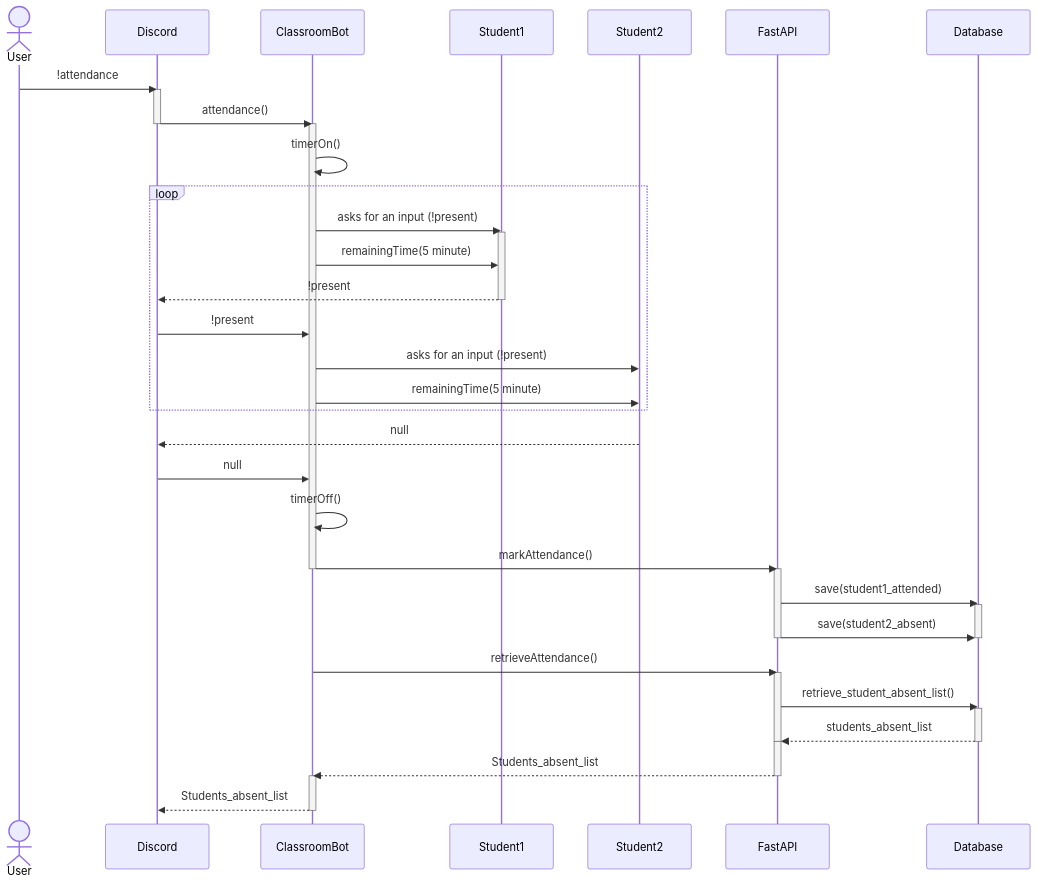
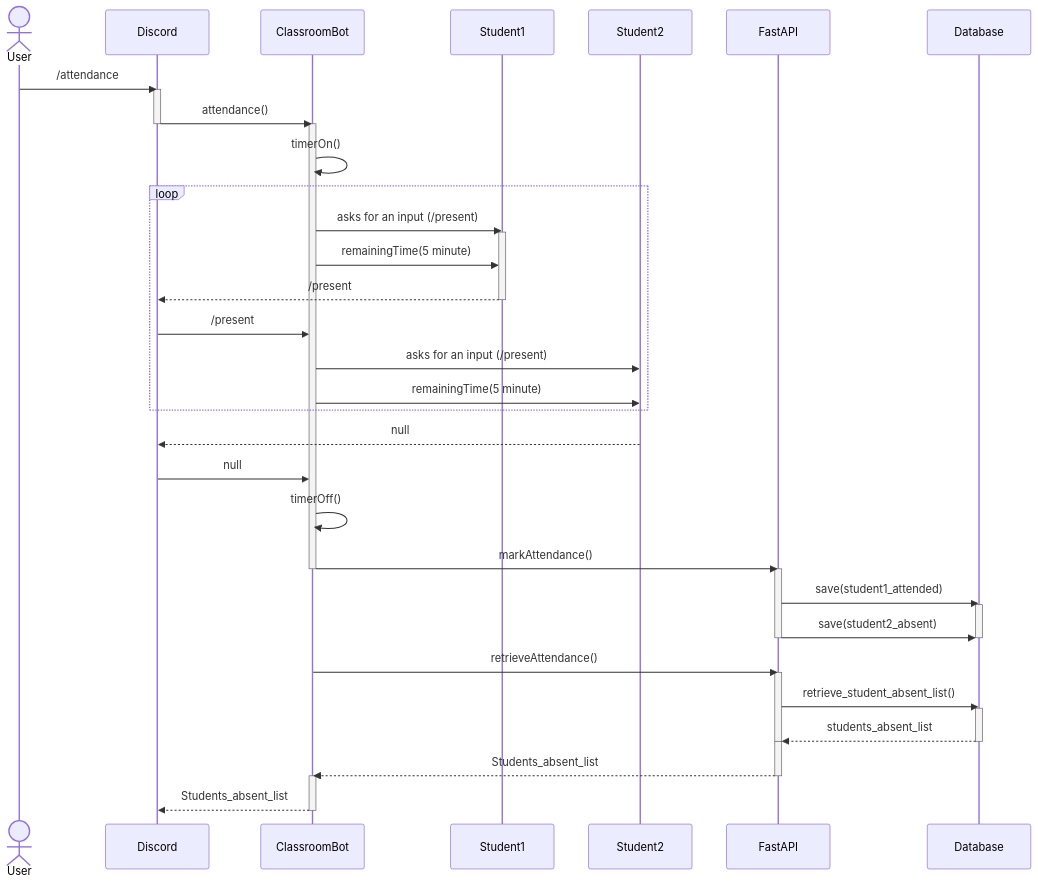
Before and after one commit to Capstone-Projects-2023-Spring/project-discord-classroom: the eighth of 8 diagrams in documentation/docs/system-architecture/design.md, drawn with Mermaid. The commit also changed other lines of this file and 7 other files, not shown here.

````diff
--- a/documentation/docs/system-architecture/design.md
+++ b/documentation/docs/system-architecture/design.md
@@ -501,60 +501,60 @@
 ```mermaid 
 
 sequenceDiagram
     actor User
     participant Discord
     participant ClassroomBot
     participant Student1
     participant Student2
     participant FastAPI
     participant Database
 
-    User->>Discord: !attendance
+    User->>Discord: /attendance
     activate Discord
 
     Discord->>ClassroomBot: attendance()
     deactivate Discord
     activate ClassroomBot
 
     ClassroomBot->>ClassroomBot: timerOn()
     
     loop
-        ClassroomBot->> Student1: asks for an input (!present)
+        ClassroomBot->> Student1: asks for an input (/present)
         activate Student1
         ClassroomBot->>Student1: remainingTime(5 minute)
-        Student1-->>Discord: !present
+        Student1-->>Discord: /present
         deactivate Student1
-        Discord->>ClassroomBot: !present
-        ClassroomBot->> Student2: asks for an input (!present)
+        Discord->>ClassroomBot: /present
+        ClassroomBot->> Student2: asks for an input (/present)
         ClassroomBot->>Student2: remainingTime(5 minute)
     end
 
     Student2-->>Discord: null 
     Discord->>ClassroomBot: null
     ClassroomBot->>ClassroomBot: timerOff()
     ClassroomBot->>FastAPI: markAttendance()
     deactivate ClassroomBot
     activate FastAPI
     FastAPI->>Database:save(student1_attended)
     activate Database
     FastAPI->>Database:save(student2_absent)
     deactivate FastAPI
     deactivate Database    
     ClassroomBot->>FastAPI: retrieveAttendance()
 
     activate FastAPI
     FastAPI->>Database: retrieve_student_absent_list()
     
     activate Database
 
     Database-->>FastAPI: students_absent_list
     deactivate FastAPI
     deactivate Database
     activate FastAPI
     FastAPI-->>ClassroomBot: Students_absent_list
     deactivate FastAPI
 
     activate ClassroomBot
     ClassroomBot-->>Discord: Students_absent_list
     deactivate ClassroomBot
 ```
````
